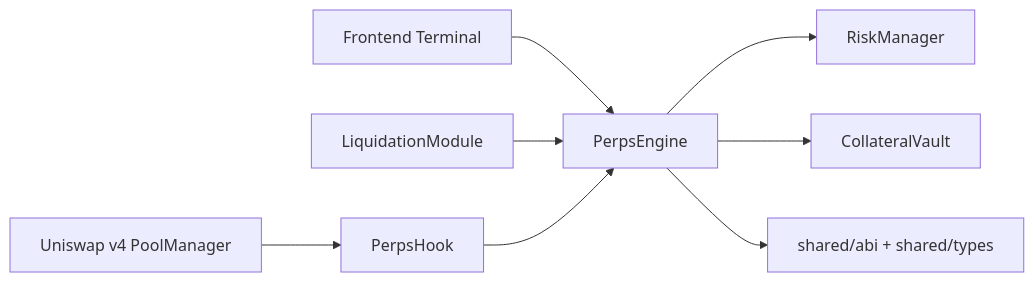
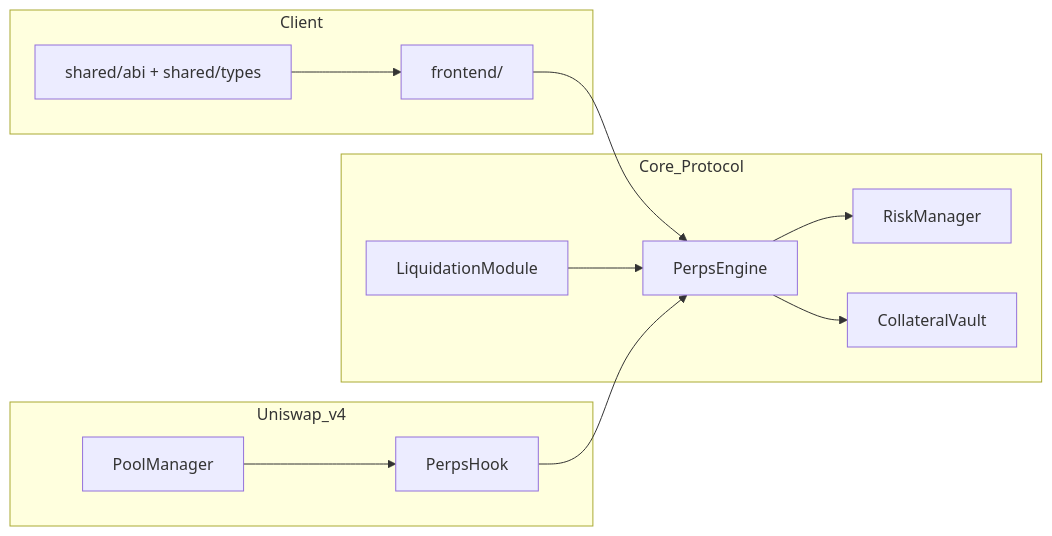
One commit to blue-benz/Unichain-Perps-on-Uniswap-v4 changed the second of 3 diagrams in README.md. Above: the diagram before and after it, drawn with Mermaid. The commit also changed other lines of this file, not shown here.

Commit message:
docs(readme): restructure project narrative badges flows demos and test proof

````diff
--- a/README.md
+++ b/README.md
@@ -21,10 +61,27 @@
 ```mermaid
 graph LR
-  FE[Frontend Terminal] --> ENG[PerpsEngine]
-  ENG --> RISK[RiskManager]
-  ENG --> VAULT[CollateralVault]
-  LIQ[LiquidationModule] --> ENG
-  PM[Uniswap v4 PoolManager] --> HOOK[PerpsHook]
+  subgraph Client
+    FE[frontend/]
+    SH[shared/abi + shared/types]
+  end
+
+  subgraph Core_Protocol
+    ENG[PerpsEngine]
+    RISK[RiskManager]
+    VAULT[CollateralVault]
+    LIQ[LiquidationModule]
+  end
+
+  subgraph Uniswap_v4
+    HOOK[PerpsHook]
+    PM[PoolManager]
+  end
+
+  FE --> ENG
+  SH --> FE
+  ENG --> RISK
+  ENG --> VAULT
+  LIQ --> ENG
+  PM --> HOOK
   HOOK --> ENG
-  ENG --> SHARED[shared/abi + shared/types]
 ```
````
